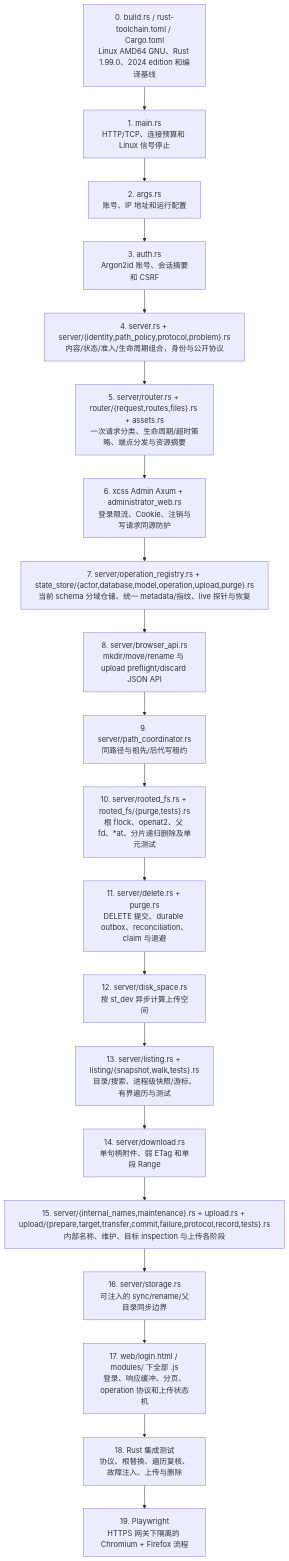
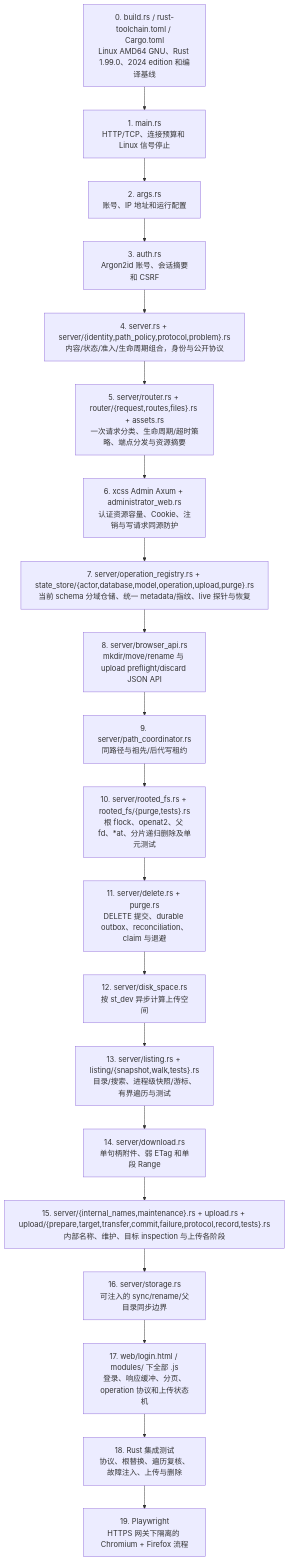
Before and after one commit to isarmg/xczs: diagram 16 of 17 in docs/project-workflow.md, drawn with Mermaid. The commit also changed other lines of this file and 98 other files, not shown here.

````diff
--- a/docs/project-workflow.md
+++ b/docs/project-workflow.md
@@ -781,22 +780,22 @@
 ```mermaid
 flowchart TD
     T["0. build.rs / rust-toolchain.toml / Cargo.toml<br/>Linux AMD64 GNU、Rust 1.99.0、2024 edition 和编译基线"] --> A["1. main.rs<br/>HTTP/TCP、连接预算和 Linux 信号停止"]
     A --> B["2. args.rs<br/>账号、IP 地址和运行配置"]
     B --> C["3. auth.rs<br/>Argon2id 账号、会话摘要和 CSRF"]
     C --> D["4. server.rs + server/{identity,path_policy,protocol,problem}.rs<br/>内容/状态/准入/生命周期组合，身份与公开协议"]
     D --> R["5. server/router.rs + router/{request,routes,files}.rs + assets.rs<br/>一次请求分类、生命周期/超时策略、端点分发与资源摘要"]
-    R --> G["6. xcss Admin Axum + administrator_web.rs<br/>登录限流、Cookie、注销与写请求同源防护"]
+    R --> G["6. xcss Admin Axum + administrator_web.rs<br/>认证资源容量、Cookie、注销与写请求同源防护"]
     G --> OP["7. server/operation_registry.rs + state_store/{actor,database,model,operation,upload,purge}.rs<br/>当前 schema 分域仓储、统一 metadata/指纹、live 探针与恢复"]
     OP --> H["8. server/browser_api.rs<br/>mkdir/move/rename 与 upload preflight/discard JSON API"]
     H --> E["9. server/path_coordinator.rs<br/>同路径与祖先/后代写租约"]
     E --> F["10. server/rooted_fs.rs + rooted_fs/{purge,tests}.rs<br/>根 flock、openat2、父 fd、*at、分片递归删除及单元测试"]
     F --> P["11. server/delete.rs + purge.rs<br/>DELETE 提交、durable outbox、reconciliation、claim 与退避"]
     P --> DS["12. server/disk_space.rs<br/>按 st_dev 异步计算上传空间"]
     DS --> I["13. server/listing.rs + listing/{snapshot,walk,tests}.rs<br/>目录/搜索、进程级快照/游标、有界遍历与测试"]
     I --> J["14. server/download.rs<br/>单句柄附件、弱 ETag 和单段 Range"]
     J --> K["15. server/{internal_names,maintenance}.rs + upload.rs + upload/{prepare,target,transfer,commit,failure,protocol,record,tests}.rs<br/>内部名称、维护、目标 inspection 与上传各阶段"]
     K --> L["16. server/storage.rs<br/>可注入的 sync/rename/父目录同步边界"]
     L --> M["17. web/login.html / modules/ 下全部 .js<br/>登录、响应缓冲、分页、operation 协议和上传状态机"]
     M --> N["18. Rust 集成测试<br/>协议、根替换、遍历复核、故障注入、上传与删除"]
     N --> O["19. Playwright<br/>HTTPS 网关下隔离的 Chromium + Firefox 流程"]
 ```
````
